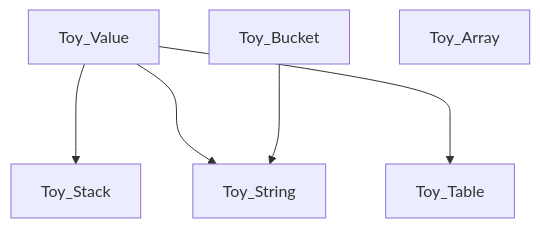
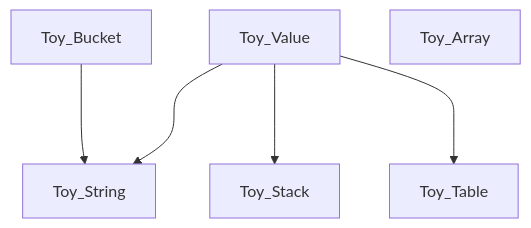
Before and after one commit to Ratstail91/Toy: the diagram in CONTRIBUTING.md, drawn with Mermaid. The commit also changed other lines of this file and 2 other files, not shown here.

````diff
--- a/CONTRIBUTING.md
+++ b/CONTRIBUTING.md
@@ -27,8 +27,8 @@
 ```mermaid
 graph TB
+    Toy_Bucket ---> Toy_String
+    Toy_Value ---> Toy_String
     Toy_Value ---> Toy_Stack
-    Toy_Value ---> Toy_String
     Toy_Value ---> Toy_Table
-    Toy_Bucket ---> Toy_String
     Toy_Array
 ```
````
